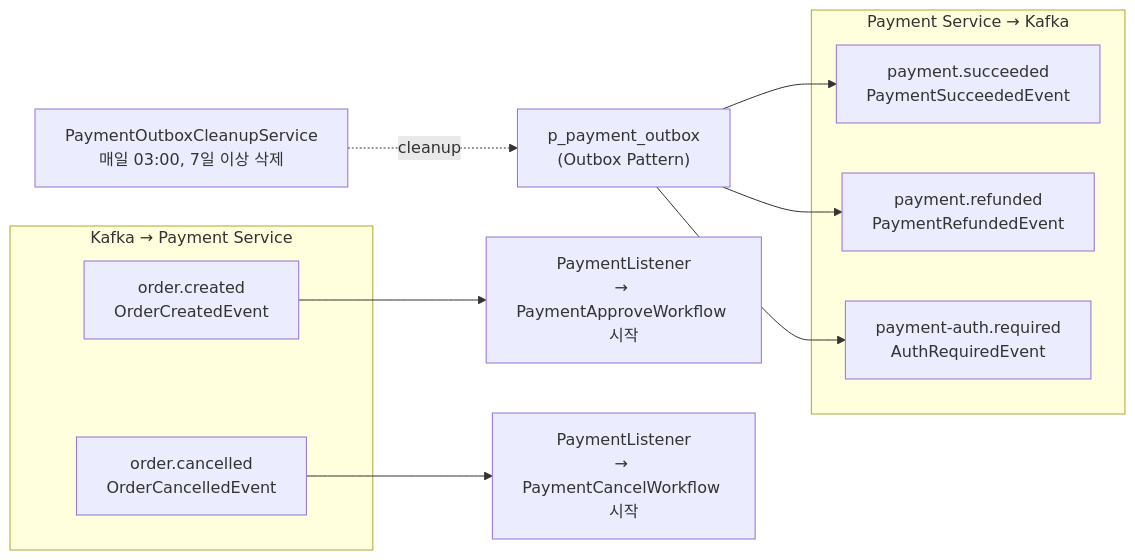
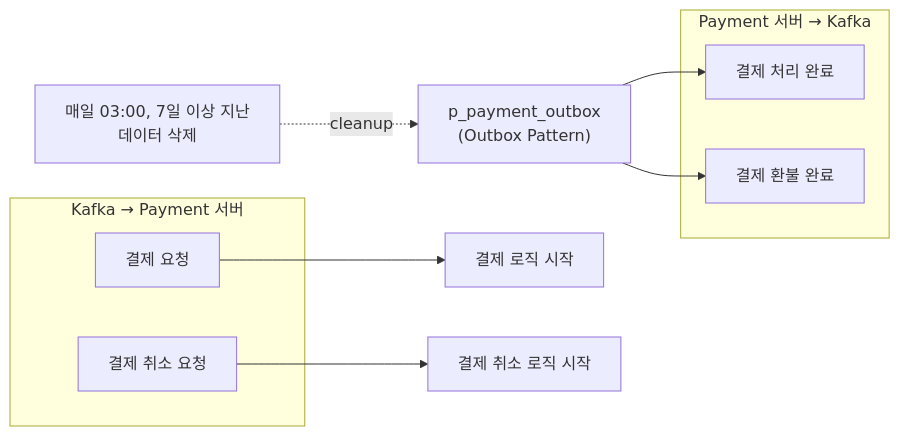
One commit to spot-ticket/Spot changed the eighth of 11 diagrams in spot-payment/README.md. Above: the diagram before and after it, drawn with Mermaid. The commit also changed other lines of this file, not shown here.

Commit message:
docs: 워딩 수정

````diff
--- a/spot-payment/README.md
+++ b/spot-payment/README.md
@@ -305,19 +305,18 @@
 ```mermaid
 graph LR
-    subgraph Published["Payment Service → Kafka"]
-        E1["payment.succeeded\nPaymentSucceededEvent"]
-        E2["payment.refunded\nPaymentRefundedEvent"]
-        E3["payment-auth.required\nAuthRequiredEvent"]
+    subgraph Published["Payment 서버 → Kafka"]
+        E1["결제 처리 완료"]
+        E2["결제 환불 완료"]
     end
 
-    subgraph Subscribed["Kafka → Payment Service"]
-        E4["order.created\nOrderCreatedEvent"]
-        E5["order.cancelled\nOrderCancelledEvent"]
+    subgraph Subscribed["Kafka → Payment 서버"]
+        E4["결제 요청"]
+        E5["결제 취소 요청"]
     end
 
-    Outbox["p_payment_outbox\n(Outbox Pattern)"] --> E1 & E2 & E3
-    E4 --> L1["PaymentListener\n→ PaymentApproveWorkflow 시작"]
-    E5 --> L2["PaymentListener\n→ PaymentCancelWorkflow 시작"]
+    Outbox["p_payment_outbox<br/>(Outbox Pattern)"] --> E1 & E2
+    E4 --> L1["결제 로직 시작"]
+    E5 --> L2["결제 취소 로직 시작"]
 
-    Cleanup["PaymentOutboxCleanupService\n매일 03:00, 7일 이상 삭제"] -.->|cleanup| Outbox
+    Cleanup["매일 03:00, 7일 이상 지난<br/> 데이터 삭제"] -.->|cleanup| Outbox
 ```
````
